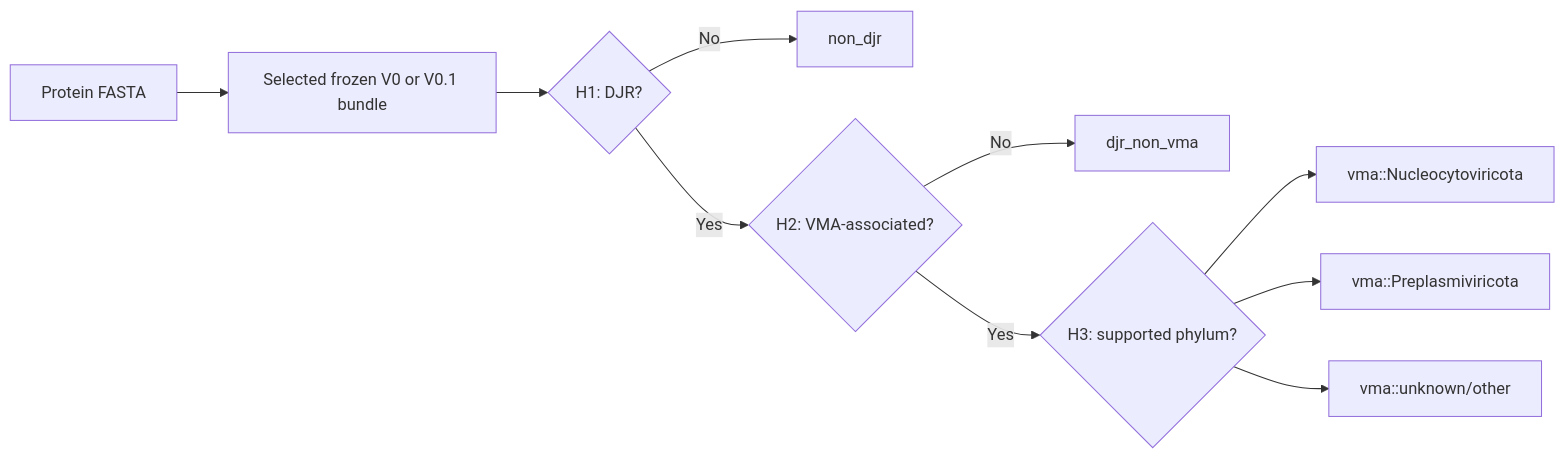
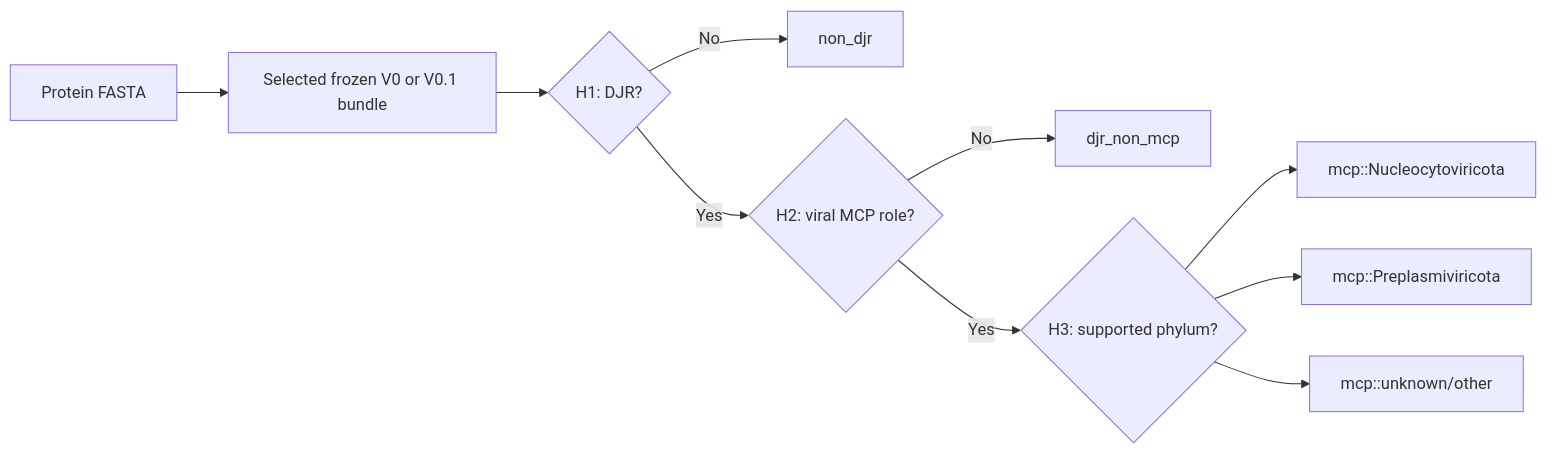
One commit to Hongda-Zhao/DJR-MCP-Finder changed the diagram in README.md. Above: the diagram before and after it, drawn with Mermaid. The commit also changed other lines of this file and 42 other files, not shown here.

````diff
--- a/README.md
+++ b/README.md
@@ -30,12 +30,12 @@
 ```mermaid
 flowchart LR
     A["Protein FASTA"] --> B["Selected frozen V0 or V0.1 bundle"]
     B --> H1{"H1: DJR?"}
     H1 -- "No" --> N["non_djr"]
-    H1 -- "Yes" --> H2{"H2: VMA-associated?"}
-    H2 -- "No" --> D["djr_non_vma"]
+    H1 -- "Yes" --> H2{"H2: viral MCP role?"}
+    H2 -- "No" --> D["djr_non_mcp"]
     H2 -- "Yes" --> H3{"H3: supported phylum?"}
-    H3 --> P1["vma::Nucleocytoviricota"]
-    H3 --> P2["vma::Preplasmiviricota"]
-    H3 --> U["vma::unknown/other"]
+    H3 --> P1["mcp::Nucleocytoviricota"]
+    H3 --> P2["mcp::Preplasmiviricota"]
+    H3 --> U["mcp::unknown/other"]
 ```
````
